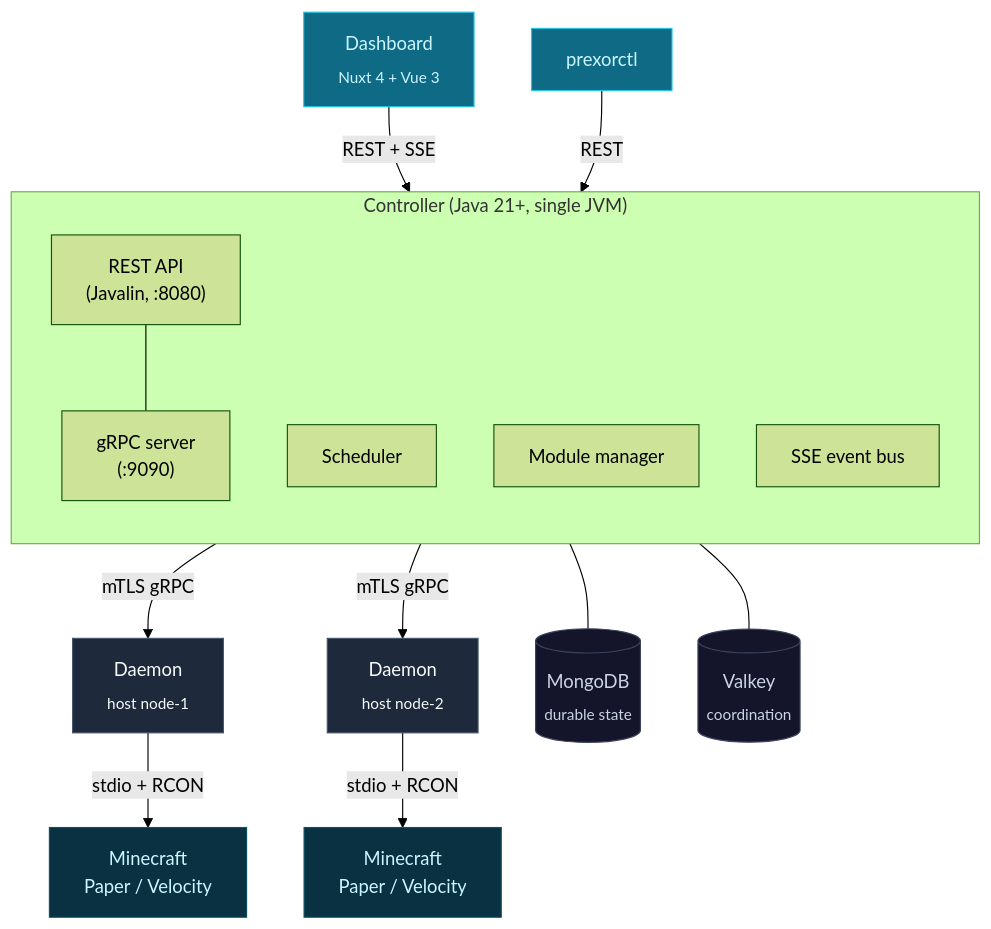
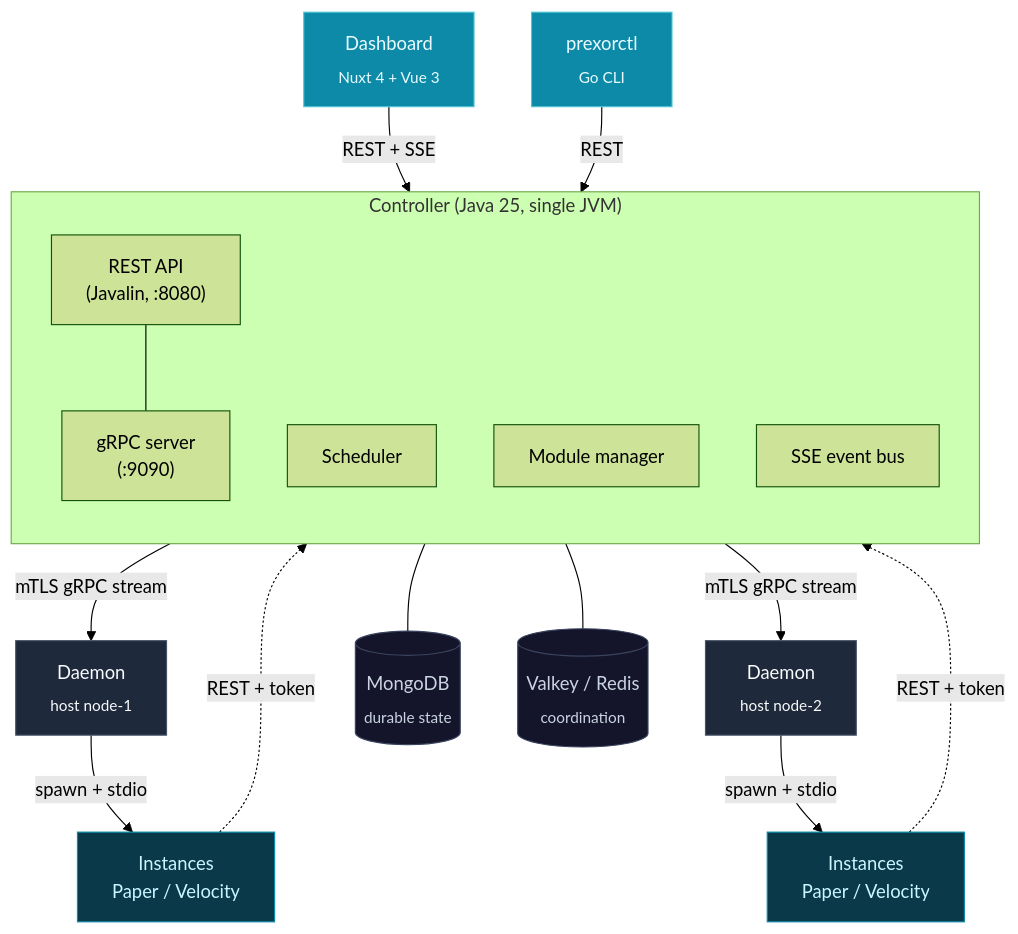
One commit to PrexorJustin/prexorcloud changed the diagram in docs/public/en/getting-started/what-is-prexorcloud.md. Above: the diagram before and after it, drawn with Mermaid (forest theme). The commit also changed other lines of this file and 20 other files, not shown here.

````diff
--- a/docs/public/en/getting-started/what-is-prexorcloud.md
+++ b/docs/public/en/getting-started/what-is-prexorcloud.md
@@ -54,37 +45,39 @@
 ```mermaid
 flowchart TB
   Dashboard["Dashboard<br/><sub>Nuxt 4 + Vue 3</sub>"]:::ui
-  CLI["prexorctl"]:::ui
+  CLI["prexorctl<br/><sub>Go CLI</sub>"]:::ui
 
-  subgraph Controller["Controller (Java 21+, single JVM)"]
+  subgraph Controller["Controller (Java 25, single JVM)"]
     direction TB
     REST["REST API<br/>(Javalin, :8080)"]
     GRPC["gRPC server<br/>(:9090)"]
     SCH["Scheduler"]
     MOD["Module manager"]
     SSE["SSE event bus"]
   end
 
   Daemon1["Daemon<br/><sub>host node-1</sub>"]:::daemon
   Daemon2["Daemon<br/><sub>host node-2</sub>"]:::daemon
-  MC1["Minecraft<br/>Paper / Velocity"]:::mc
-  MC2["Minecraft<br/>Paper / Velocity"]:::mc
+  MC1["Instances<br/>Paper / Velocity"]:::mc
+  MC2["Instances<br/>Paper / Velocity"]:::mc
 
   Mongo[("MongoDB<br/><sub>durable state</sub>")]:::store
-  Valkey[("Valkey<br/><sub>coordination</sub>")]:::store
+  Valkey[("Valkey / Redis<br/><sub>coordination</sub>")]:::store
 
-  Dashboard -- REST + SSE --> REST
+  Dashboard -- "REST + SSE" --> REST
   CLI -- REST --> REST
   REST --- GRPC
-  GRPC -- mTLS gRPC --> Daemon1
-  GRPC -- mTLS gRPC --> Daemon2
-  Daemon1 -- "stdio + RCON" --> MC1
-  Daemon2 -- "stdio + RCON" --> MC2
+  GRPC -- "mTLS gRPC stream" --> Daemon1
+  GRPC -- "mTLS gRPC stream" --> Daemon2
+  Daemon1 -- "spawn + stdio" --> MC1
+  Daemon2 -- "spawn + stdio" --> MC2
+  MC1 -. "REST + token" .-> REST
+  MC2 -. "REST + token" .-> REST
   Controller --- Mongo
   Controller --- Valkey
 
-  classDef ui      fill:#0e6a85,stroke:#22c5e0,color:#cbf6ff
+  classDef ui      fill:#0c8aa8,stroke:#4ec5d4,color:#e9fbff
   classDef daemon  fill:#1e293b,stroke:#475569,color:#f8fafc
-  classDef mc      fill:#093142,stroke:#0d5168,color:#cbf6ff
+  classDef mc      fill:#0a3a4a,stroke:#0c8aa8,color:#cbf6ff
   classDef store   fill:#14142b,stroke:#3a445e,color:#cbd5e1
 ```
````
